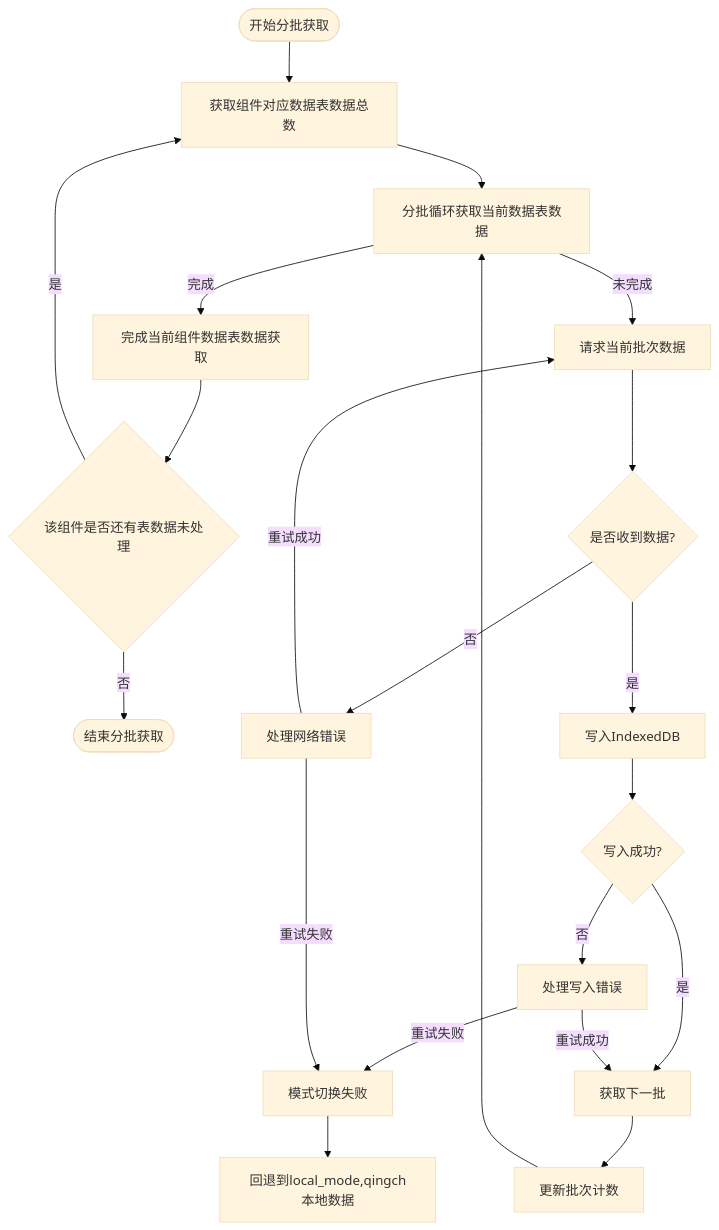
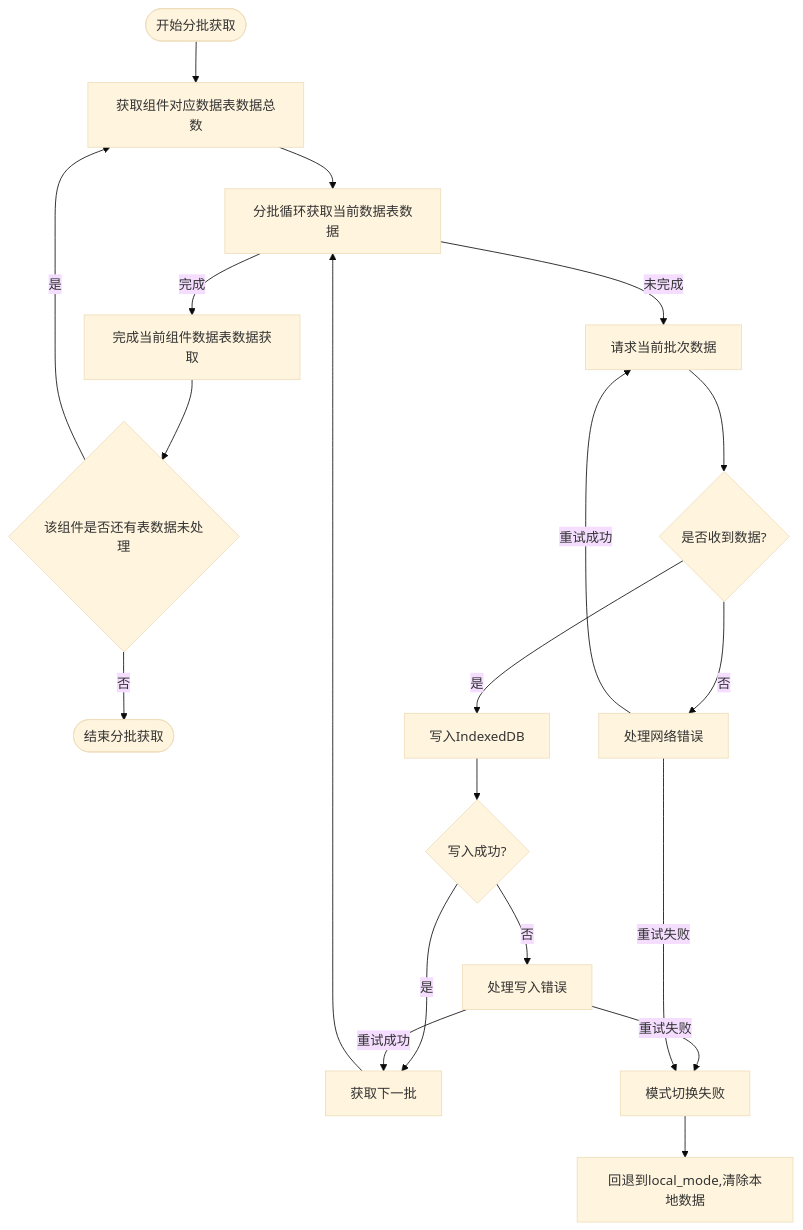
Before and after one commit to yingjianzh/iodraw-files: the diagram in all/未命名-56.md, drawn with Mermaid (base theme).

Commit message:
2025-05-12 10:33:01 update

````diff
--- a/all/未命名-56.md
+++ b/all/未命名-56.md
@@ -1,35 +1,34 @@
 ```mermaid
 
 flowchart TD
     StartBatch([开始分批获取]) --> InitializeBatch[获取组件对应数据表数据总数]
     InitializeBatch --> CheckBatchSize[分批循环获取当前数据表数据]
     
     CheckBatchSize -->|完成| BatchComplete[完成当前组件数据表数据获取]
 
     BatchComplete --> HasNext{该组件是否还有表数据未处理}
 
     HasNext --> |是| InitializeBatch
     HasNext --> |否| EndBatch([结束分批获取])
 
     
     CheckBatchSize -->|未完成| RequestBatch[请求当前批次数据]
     RequestBatch --> ReceiveBatch{是否收到数据?}
     
     ReceiveBatch -->|是| WriteToDB[写入IndexedDB]
     
     WriteToDB --> BatchSuccess{写入成功?}
     BatchSuccess -->|是| NextBatch[获取下一批]
     BatchSuccess -->|否| HandleError[处理写入错误]
     HandleError -->|重试成功| NextBatch
     HandleError -->|重试失败| ModeFailed[模式切换失败]
-    ModeFailed --> Abort[回退到local_mode,qingch本地数据]
+    ModeFailed --> Abort[回退到local_mode,清除本地数据]
     
     ReceiveBatch -->|否| HandleNetworkError[处理网络错误]
     HandleNetworkError -->|重试成功| RequestBatch
     HandleNetworkError -->|重试失败| ModeFailed
     
-    NextBatch --> IncrementBatch[更新批次计数]
-    IncrementBatch --> CheckBatchSize
+    NextBatch --> CheckBatchSize
     
 
 ```
````
